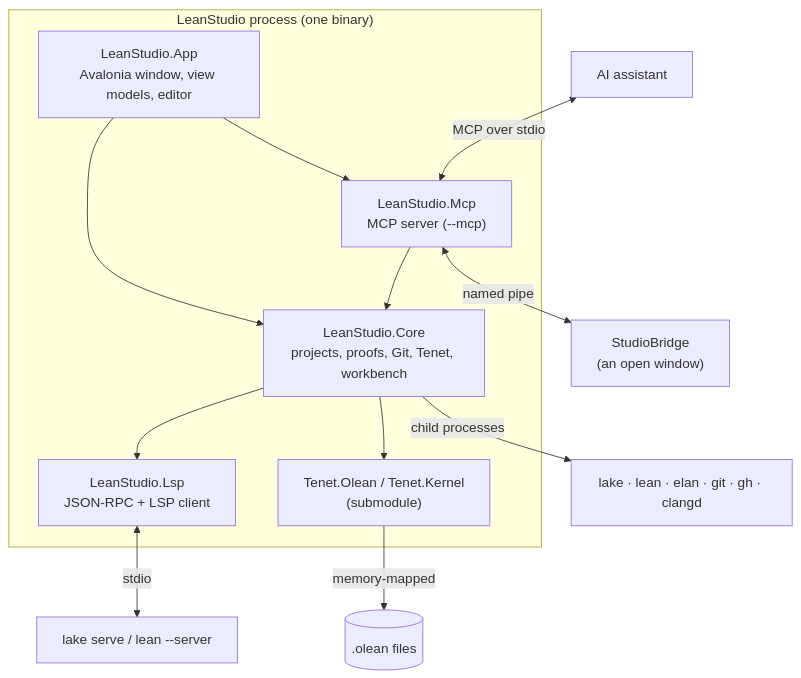
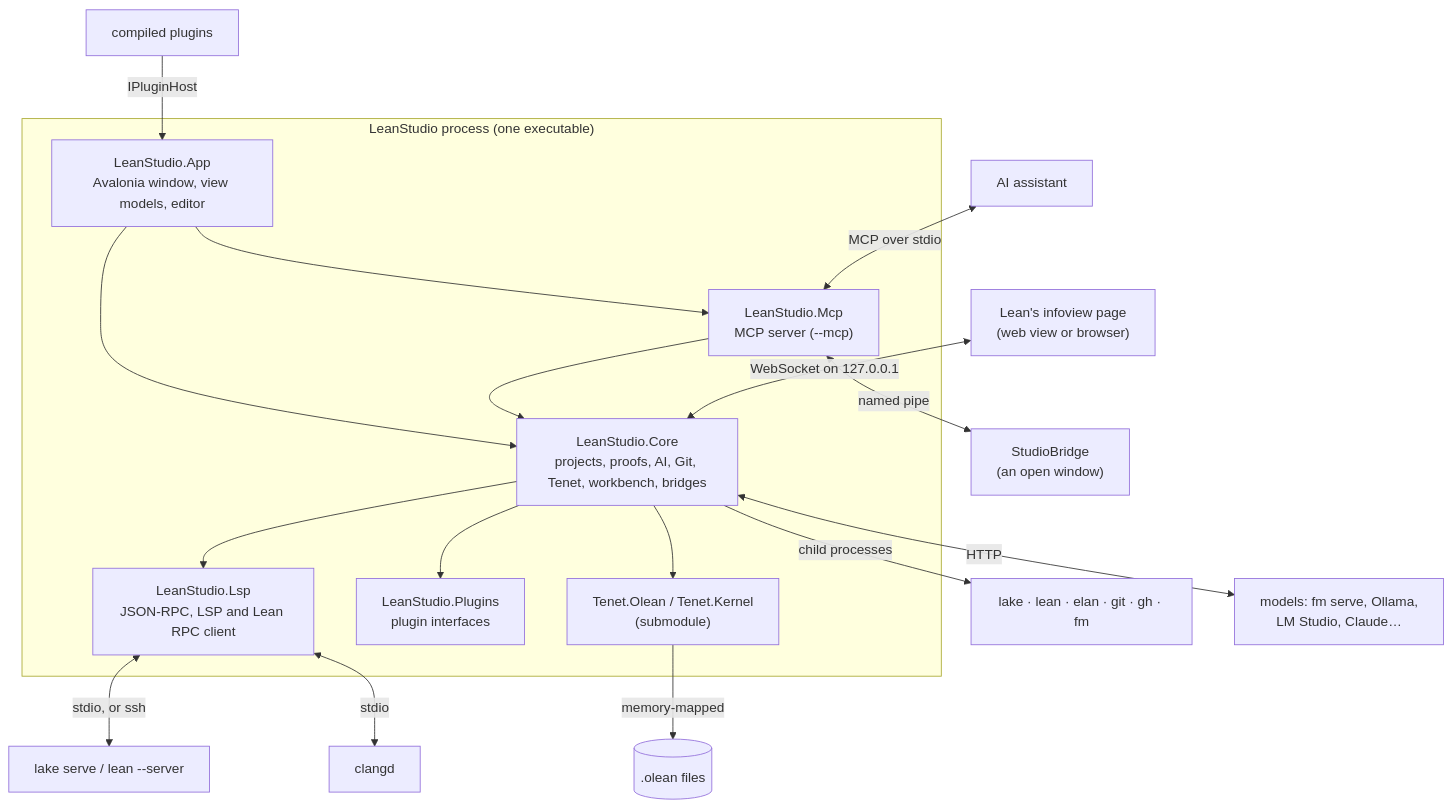
The first of 4 diagrams in docs/ARCHITECTURE.md (keithadler/leanstudio), drawn with Mermaid before and after one commit. The commit also changed other lines of this file and 1 other file, not shown here.

First line of the commit message:
Architecture guide: up to date with 0.10, with diagrams and where to start

````diff
--- a/docs/ARCHITECTURE.md
+++ b/docs/ARCHITECTURE.md
@@ -33,20 +42,26 @@
 ```mermaid
 flowchart TB
-    subgraph Process["LeanStudio process (one binary)"]
+    subgraph Process["LeanStudio process (one executable)"]
         App["LeanStudio.App<br/>Avalonia window, view models, editor"]
         Mcp["LeanStudio.Mcp<br/>MCP server (--mcp)"]
-        Core["LeanStudio.Core<br/>projects, proofs, Git, Tenet, workbench"]
-        Lsp["LeanStudio.Lsp<br/>JSON-RPC + LSP client"]
+        Core["LeanStudio.Core<br/>projects, proofs, AI, Git, Tenet, workbench, bridges"]
+        Lsp["LeanStudio.Lsp<br/>JSON-RPC, LSP and Lean RPC client"]
+        Api["LeanStudio.Plugins<br/>plugin interfaces"]
         Tenet["Tenet.Olean / Tenet.Kernel<br/>(submodule)"]
+        App --> Mcp
         App --> Core
-        App --> Mcp
         Mcp --> Core
         Core --> Lsp
+        Core --> Api
         Core --> Tenet
     end
-    Lsp <-->|stdio| Server["lake serve / lean --server"]
-    Core -->|child processes| Tools["lake · lean · elan · git · gh · clangd"]
+    Lsp <-->|stdio, or ssh| Server["lake serve / lean --server"]
+    Lsp <-->|stdio| Clangd["clangd"]
+    Core -->|child processes| Tools["lake · lean · elan · git · gh · fm"]
+    Core <-->|HTTP| Models["models: fm serve, Ollama,<br/>LM Studio, Claude…"]
     Tenet -->|memory-mapped| Olean[(".olean files")]
     Assistant["AI assistant"] <-->|MCP over stdio| Mcp
-    Mcp <-->|named pipe| Bridge["StudioBridge<br/>(an open window)"]
+    Mcp <-->|named pipe| Window["StudioBridge<br/>(an open window)"]
+    Page["Lean's infoview page<br/>(web view or browser)"] <-->|WebSocket on 127.0.0.1| Core
+    Plugins["compiled plugins"] -->|IPluginHost| App
 ```
````
